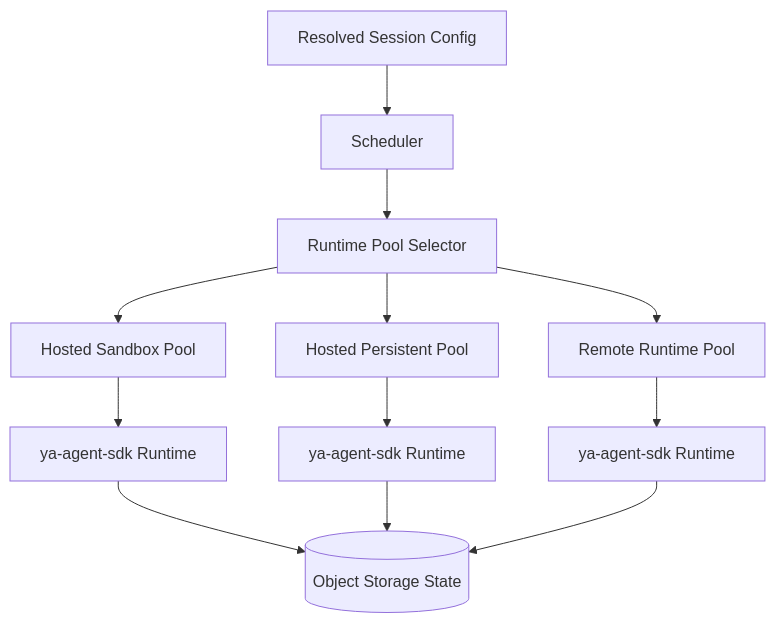
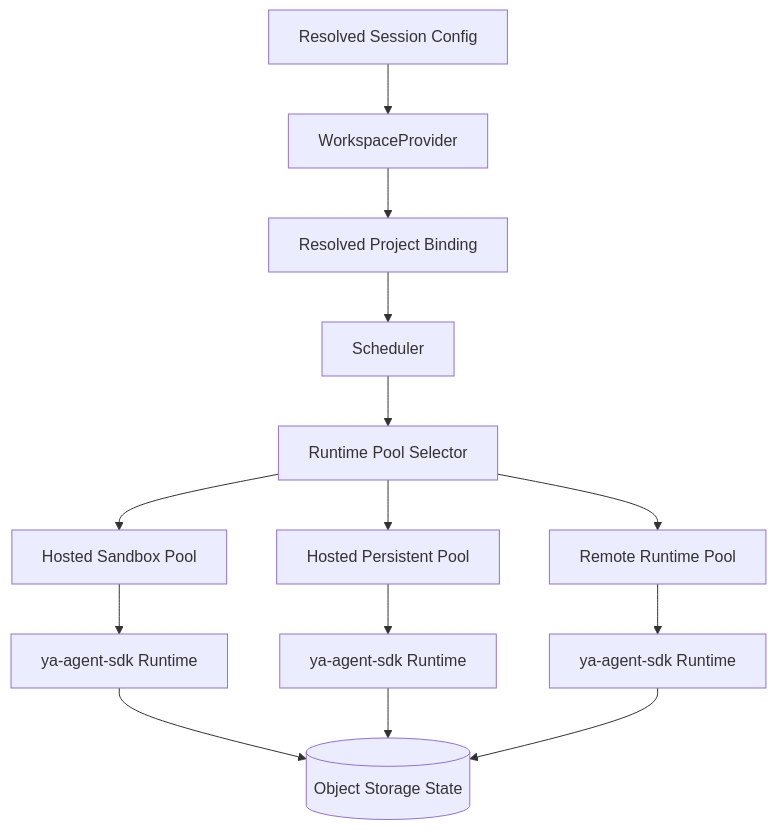
One commit to Wh1isper/ya-mono changed the diagram in packages/ya-agent-platform/spec/004-runtime-and-environments.md. Above: the diagram before and after it, drawn with Mermaid. The commit also changed other lines of this file and 24 other files, not shown here.

````diff
--- a/packages/ya-agent-platform/spec/004-runtime-and-environments.md
+++ b/packages/ya-agent-platform/spec/004-runtime-and-environments.md
@@ -18,16 +18,18 @@
 ```mermaid
 flowchart TB
-    SESSION[Resolved Session Config] --> SCHED[Scheduler]
+    SESSION[Resolved Session Config] --> PROVIDER[WorkspaceProvider]
+    PROVIDER --> BINDING[Resolved Project Binding]
+    BINDING --> SCHED[Scheduler]
     SCHED --> SELECT[Runtime Pool Selector]
     SELECT --> POOL1[Hosted Sandbox Pool]
     SELECT --> POOL2[Hosted Persistent Pool]
     SELECT --> POOL3[Remote Runtime Pool]
 
     POOL1 --> SDK1[ya-agent-sdk Runtime]
     POOL2 --> SDK2[ya-agent-sdk Runtime]
     POOL3 --> SDK3[ya-agent-sdk Runtime]
 
     SDK1 --> STATE[(Object Storage State)]
     SDK2 --> STATE
     SDK3 --> STATE
 ```
````
